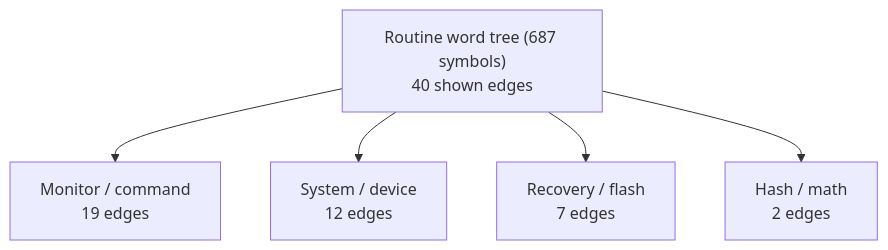
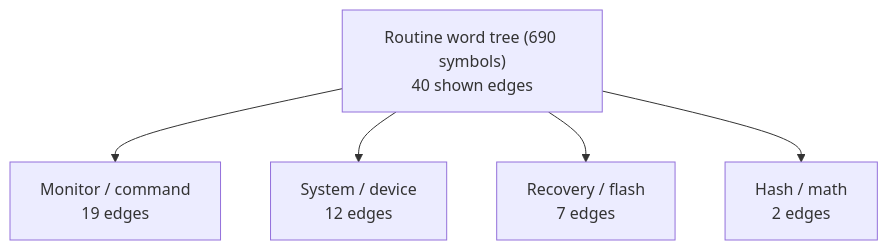
One commit to 95westus/R-YORS changed the first of 6 diagrams in DOC/GENERATED/ROUTINE_WORD_TREE.md. Above: the diagram before and after it, drawn with Mermaid. The commit also changed other lines of this file and 29 other files, not shown here.

````diff
--- a/DOC/GENERATED/ROUTINE_WORD_TREE.md
+++ b/DOC/GENERATED/ROUTINE_WORD_TREE.md
@@ -16,7 +16,7 @@
 ```mermaid
 flowchart TD
-    MAP_ROOT_ROUTINE_WORD_TREE__687_SYMBOLS_["Routine word tree (687 symbols)<br/>40 shown edges"] --> MAP_FAMILY_MONITOR___COMMAND["Monitor / command<br/>19 edges"]
-    MAP_ROOT_ROUTINE_WORD_TREE__687_SYMBOLS_["Routine word tree (687 symbols)<br/>40 shown edges"] --> MAP_FAMILY_SYSTEM___DEVICE["System / device<br/>12 edges"]
-    MAP_ROOT_ROUTINE_WORD_TREE__687_SYMBOLS_["Routine word tree (687 symbols)<br/>40 shown edges"] --> MAP_FAMILY_RECOVERY___FLASH["Recovery / flash<br/>7 edges"]
-    MAP_ROOT_ROUTINE_WORD_TREE__687_SYMBOLS_["Routine word tree (687 symbols)<br/>40 shown edges"] --> MAP_FAMILY_HASH___MATH["Hash / math<br/>2 edges"]
+    MAP_ROOT_ROUTINE_WORD_TREE__690_SYMBOLS_["Routine word tree (690 symbols)<br/>40 shown edges"] --> MAP_FAMILY_MONITOR___COMMAND["Monitor / command<br/>19 edges"]
+    MAP_ROOT_ROUTINE_WORD_TREE__690_SYMBOLS_["Routine word tree (690 symbols)<br/>40 shown edges"] --> MAP_FAMILY_SYSTEM___DEVICE["System / device<br/>12 edges"]
+    MAP_ROOT_ROUTINE_WORD_TREE__690_SYMBOLS_["Routine word tree (690 symbols)<br/>40 shown edges"] --> MAP_FAMILY_RECOVERY___FLASH["Recovery / flash<br/>7 edges"]
+    MAP_ROOT_ROUTINE_WORD_TREE__690_SYMBOLS_["Routine word tree (690 symbols)<br/>40 shown edges"] --> MAP_FAMILY_HASH___MATH["Hash / math<br/>2 edges"]
 ```
````
